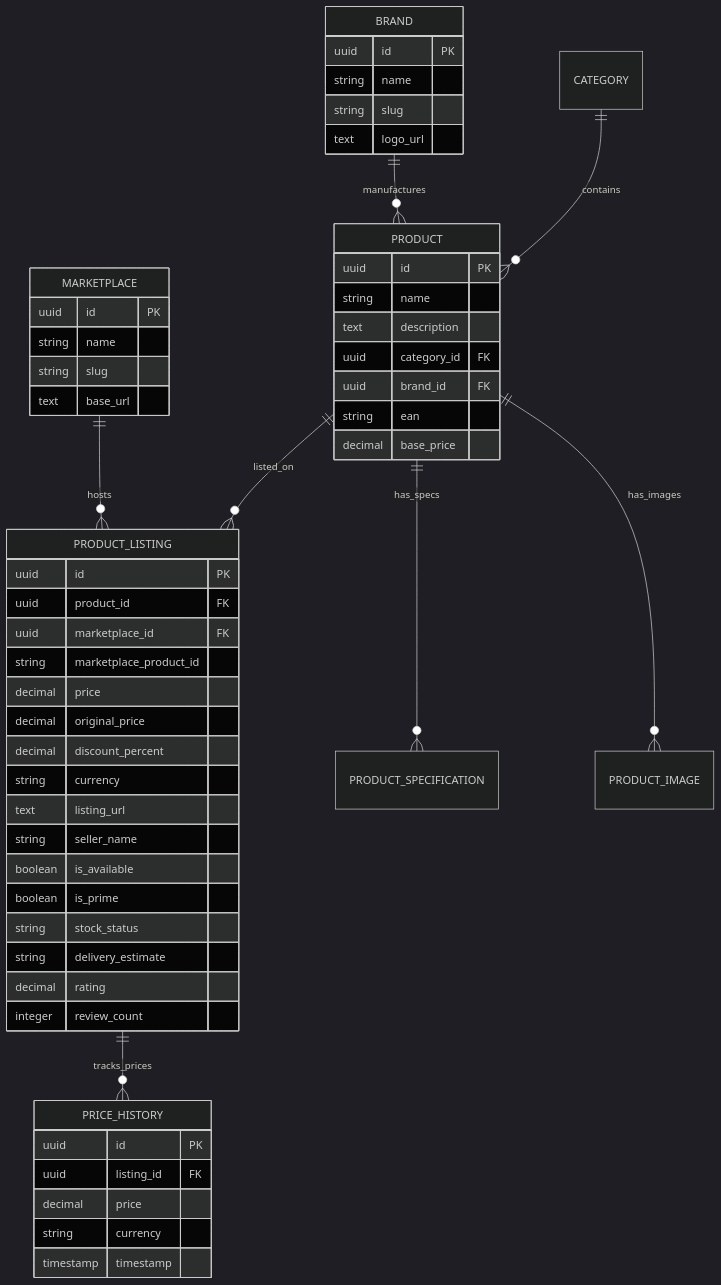
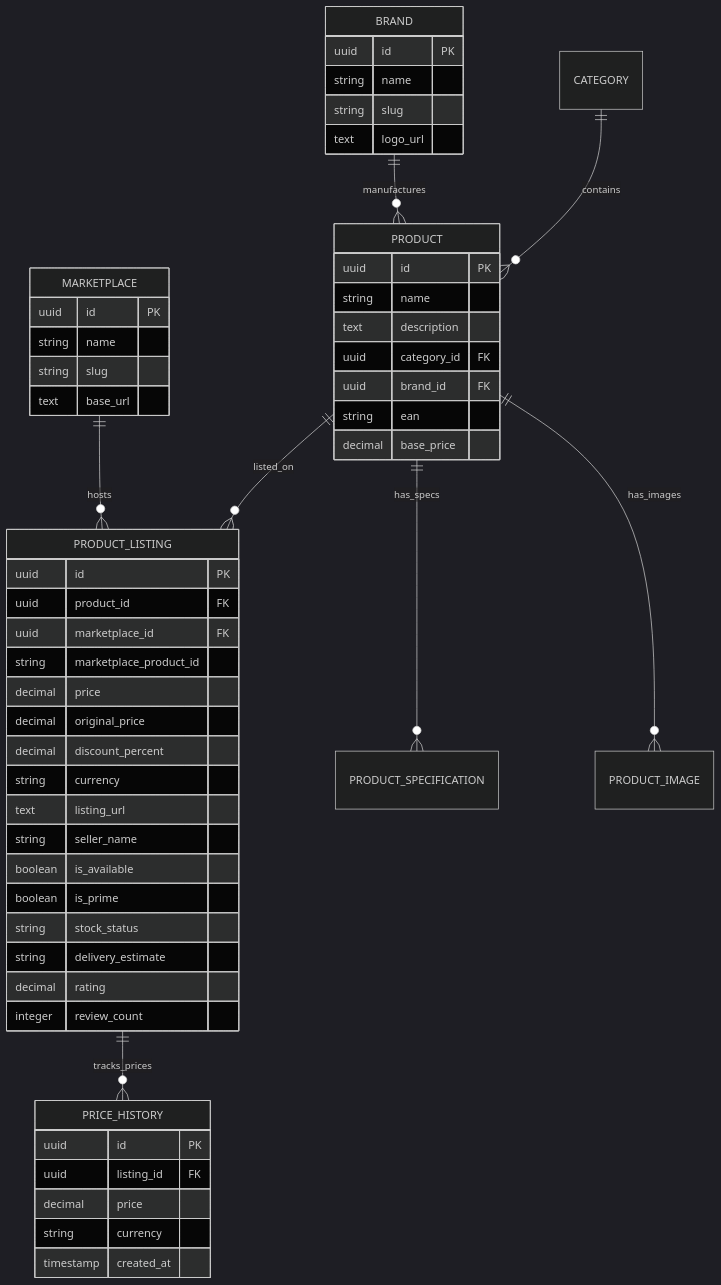
One commit to Mastermindmani88897/COMPAREX changed the second of 2 diagrams in README.md. Above: the diagram before and after it, drawn with Mermaid (dark theme). The commit also changed other lines of this file and 11 other files, not shown here.

````diff
--- a/README.md
+++ b/README.md
@@ -68,61 +109,61 @@
 ```mermaid
 erDiagram
     CATEGORY ||--o{ PRODUCT : contains
     BRAND ||--o{ PRODUCT : manufactures
     PRODUCT ||--o{ PRODUCT_LISTING : listed_on
     PRODUCT ||--o{ PRODUCT_SPECIFICATION : has_specs
     PRODUCT ||--o{ PRODUCT_IMAGE : has_images
     MARKETPLACE ||--o{ PRODUCT_LISTING : hosts
     PRODUCT_LISTING ||--o{ PRICE_HISTORY : tracks_prices
 
     PRODUCT {
         uuid id PK
         string name
         text description
         uuid category_id FK
         uuid brand_id FK
         string ean
         decimal base_price
     }
 
     BRAND {
         uuid id PK
         string name
         string slug
         text logo_url
     }
 
     MARKETPLACE {
         uuid id PK
         string name
         string slug
         text base_url
     }
 
     PRODUCT_LISTING {
         uuid id PK
         uuid product_id FK
         uuid marketplace_id FK
         string marketplace_product_id
         decimal price
         decimal original_price
         decimal discount_percent
         string currency
         text listing_url
         string seller_name
         boolean is_available
         boolean is_prime
         string stock_status
         string delivery_estimate
         decimal rating
         integer review_count
     }
 
     PRICE_HISTORY {
         uuid id PK
         uuid listing_id FK
         decimal price
         string currency
-        timestamp timestamp
+        timestamp created_at
     }
 ```
````
